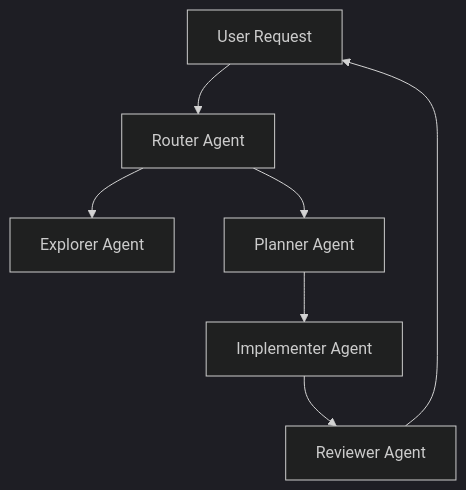
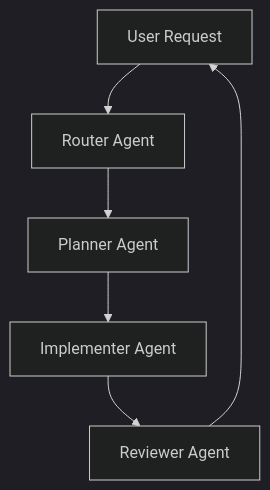
One commit to ingenierodeatascos-cyber/ai-project-template changed the diagram in README.md. Above: the diagram before and after it, drawn with Mermaid (dark theme). The commit also changed other lines of this file and 3 other files, not shown here.

````diff
--- a/README.md
+++ b/README.md
@@ -61,22 +35,19 @@
 ```mermaid
 flowchart TD
 
 User[User Request]
 
 Router[Router Agent]
-
-Explorer[Explorer Agent]
 
 Planner[Planner Agent]
 
 Implementer[Implementer Agent]
 
 Reviewer[Reviewer Agent]
 
 User --> Router
-Router --> Explorer
 Router --> Planner
 Planner --> Implementer
 Implementer --> Reviewer
 Reviewer --> User
 ```
````
